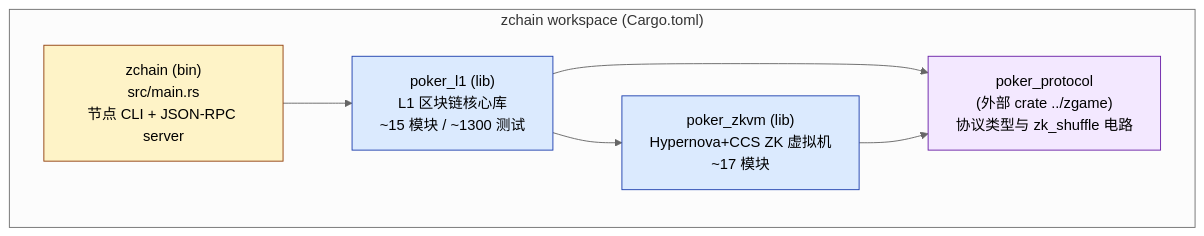
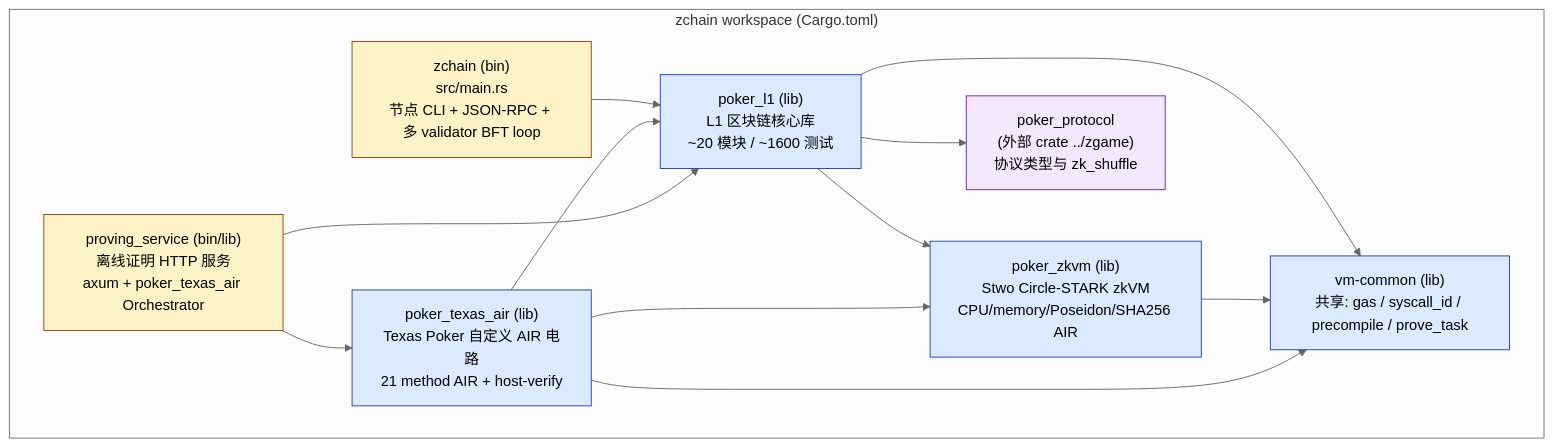
One commit to linqining/zchain changed the first of 7 diagrams in docs/00-architecture-overview.md. Above: the diagram before and after it, drawn with Mermaid (neutral theme). The commit also changed other lines of this file and 21 other files, not shown here.

````diff
--- a/docs/00-architecture-overview.md
+++ b/docs/00-architecture-overview.md
@@ -32,21 +32,30 @@
 ```mermaid
 graph TD
     subgraph WS["zchain workspace (Cargo.toml)"]
-        BIN["zchain (bin)<br/>src/main.rs<br/>节点 CLI + JSON-RPC server"]
-        L1["poker_l1 (lib)<br/>L1 区块链核心库<br/>~15 模块 / ~1300 测试"]
-        ZKVM["poker_zkvm (lib)<br/>Hypernova+CCS ZK 虚拟机<br/>~17 模块"]
-        PROTO["poker_protocol<br/>(外部 crate ../zgame)<br/>协议类型与 zk_shuffle 电路"]
+        BIN["zchain (bin)<br/>src/main.rs<br/>节点 CLI + JSON-RPC + 多 validator BFT loop"]
+        L1["poker_l1 (lib)<br/>L1 区块链核心库<br/>~20 模块 / ~1600 测试"]
+        AIR["poker_texas_air (lib)<br/>Texas Poker 自定义 AIR 电路<br/>21 method AIR + host-verify"]
+        ZKVM["poker_zkvm (lib)<br/>Stwo Circle-STARK zkVM<br/>CPU/memory/Poseidon/SHA256 AIR"]
+        VMC["vm-common (lib)<br/>共享: gas / syscall_id / precompile / prove_task"]
+        PSVC["proving_service (bin/lib)<br/>离线证明 HTTP 服务<br/>axum + poker_texas_air Orchestrator"]
+        PROTO["poker_protocol<br/>(外部 crate ../zgame)<br/>协议类型与 zk_shuffle"]
     end
 
     BIN --> L1
     L1 --> ZKVM
+    L1 --> VMC
+    ZKVM --> VMC
+    AIR --> L1
+    AIR --> ZKVM
+    AIR --> VMC
+    PSVC --> L1
+    PSVC --> AIR
     L1 --> PROTO
-    ZKVM --> PROTO
 
     classDef bin fill:#fef3c7,stroke:#92400e
     classDef lib fill:#dbeafe,stroke:#1e40af
     classDef ext fill:#f3e8ff,stroke:#6b21a8
-    class BIN bin
-    class L1,ZKVM lib
+    class BIN,PSVC bin
+    class L1,AIR,ZKVM,VMC lib
     class PROTO ext
 ```
````
